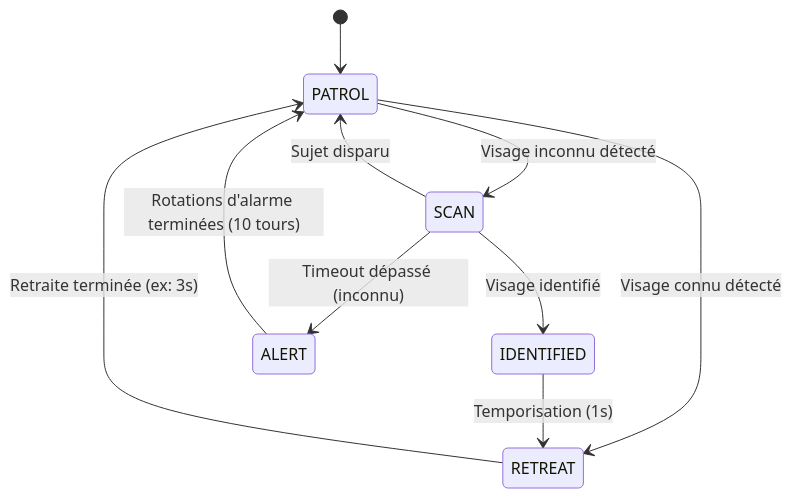
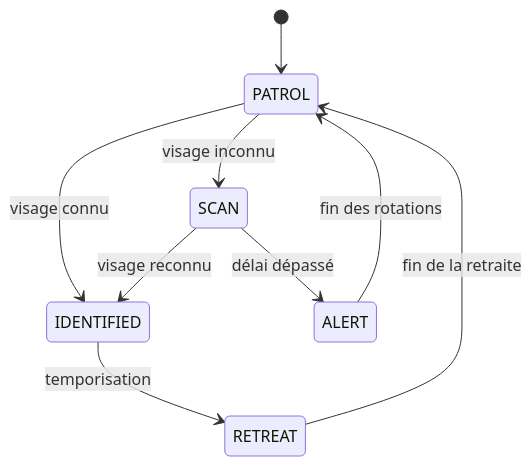
One commit to Axel-Bouchery/Croquette changed the diagram in README.md. Above: the diagram before and after it, drawn with Mermaid. The commit also changed other lines of this file, not shown here.

````diff
--- a/README.md
+++ b/README.md
@@ -60,15 +207,11 @@
 ```mermaid
 stateDiagram-v2
     [*] --> PATROL
-    PATROL --> RETREAT : Visage connu détecté
-    PATROL --> SCAN : Visage inconnu détecté
-    
-    SCAN --> IDENTIFIED : Visage identifié
-    SCAN --> ALERT : Timeout dépassé (inconnu)
-    SCAN --> PATROL : Sujet disparu
-    
-    IDENTIFIED --> RETREAT : Temporisation (1s)
-    RETREAT --> PATROL : Retraite terminée (ex: 3s)
-    
-    ALERT --> PATROL : Rotations d'alarme terminées (10 tours)
+    PATROL --> SCAN : visage inconnu
+    PATROL --> IDENTIFIED : visage connu
+    SCAN --> IDENTIFIED : visage reconnu
+    SCAN --> ALERT : délai dépassé
+    IDENTIFIED --> RETREAT : temporisation
+    RETREAT --> PATROL : fin de la retraite
+    ALERT --> PATROL : fin des rotations
 ```
````
